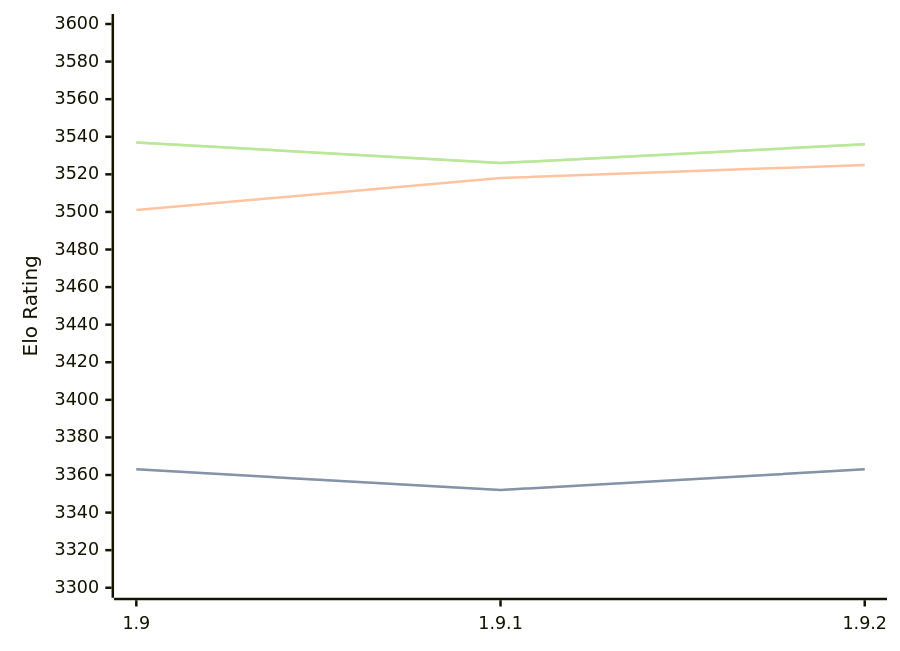
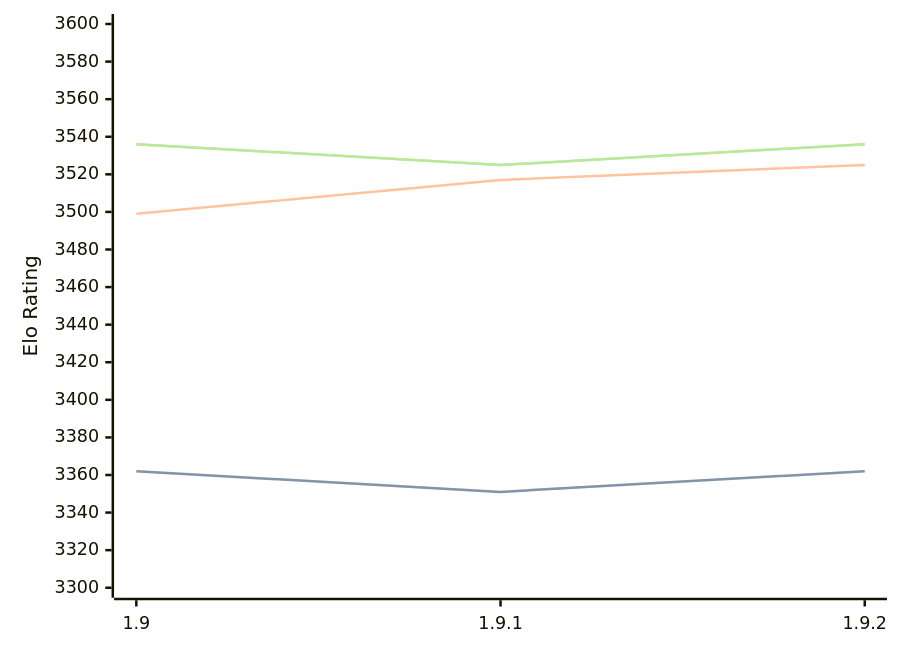
One commit to computer-chess-index/cci changed the diagram in engines/Pawnocchio.md. Above: the diagram before and after it, drawn with Mermaid. The commit also changed other lines of this file, not shown here.

Commit message:
Update CCI Ratings (ELO VLTC) - 2026-06-07

````diff
--- a/engines/Pawnocchio.md
+++ b/engines/Pawnocchio.md
@@ -48,11 +48,11 @@
 ```mermaid
 %%{init: {"theme":"base","themeVariables":{"seriesColors:['#a3a3a3','#222221','#faa371']}}}%%
 xychart-beta
   x-axis ["1.9", "1.9.1", "1.9.2"]
   y-axis "Elo Rating" 3300 --> 3600
-  line "STC (8.0+0.08s)" [3363, 3352, 3363]
-  line "STC (8.0+0.08s)" [3363, 3352, 3363]
-  line "LTC (60.0+0.60s)" [3501, 3518, 3525]
-  line "VLTC (2m24s+1.12s)" [3537, 3526, 3536]
-  line "VLTC (2m24s+1.12s)" [3537, 3526, 3536]
+  line "STC (8.0+0.08s)" [3362, 3351, 3362]
+  line "STC (8.0+0.08s)" [3362, 3351, 3362]
+  line "LTC (60.0+0.60s)" [3499, 3517, 3525]
+  line "VLTC (2m24s+1.12s)" [3536, 3525, 3536]
+  line "VLTC (2m24s+1.12s)" [3536, 3525, 3536]
 ```
````
